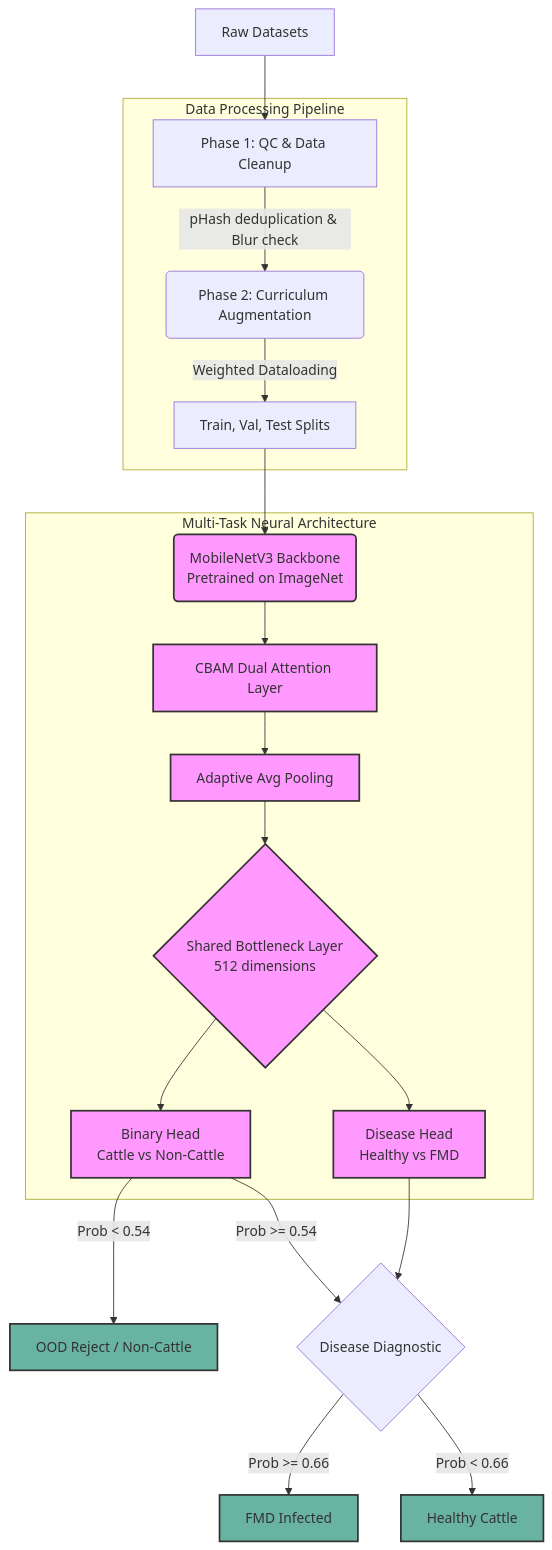
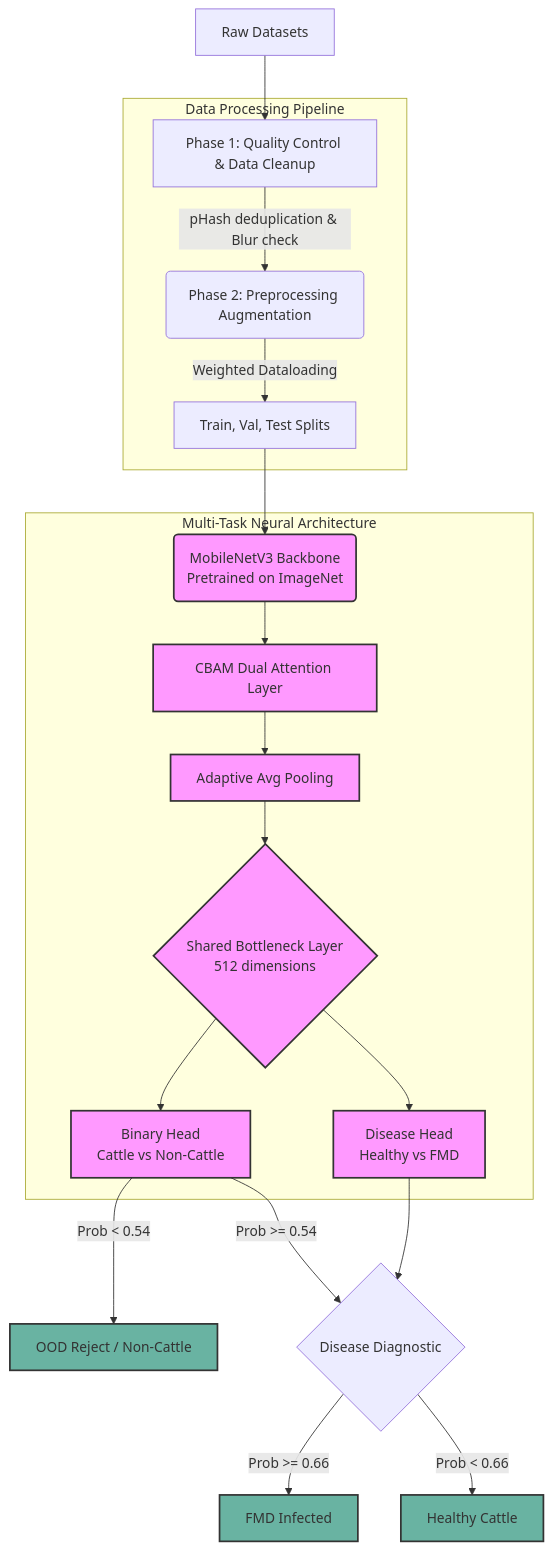
The diagram in README.md (Tetricia805/Model-training-and-testing), drawn with Mermaid before and after one commit.

Commit message:
Change 'QC' to 'Quality Control' in README
Updated terminology for clarity in the README.

````diff
--- a/README.md
+++ b/README.md
@@ -18,31 +18,31 @@
 ```mermaid
 graph TD
-    A[Raw Datasets] --> B[Phase 1: QC & Data Cleanup]
+    A[Raw Datasets] --> B[Phase 1: Quality Control & Data Cleanup]
     subgraph Data Processing Pipeline
-        B --> |pHash deduplication & Blur check| C(Phase 2: Curriculum Augmentation)
+        B --> |pHash deduplication & Blur check| C(Phase 2: Preprocessing Augmentation)
         C --> |Weighted Dataloading| D[Train, Val, Test Splits]
     end
 
     D --> E(MobileNetV3 Backbone \n Pretrained on ImageNet)
     
     subgraph Multi-Task Neural Architecture
         E --> F[CBAM Dual Attention Layer]
         F --> G[Adaptive Avg Pooling]
         G --> H{Shared Bottleneck Layer \n 512 dimensions}
         
         H --> I[Binary Head \n Cattle vs Non-Cattle]
         H --> J[Disease Head \n Healthy vs FMD]
     end
     
     I --> |Prob < 0.54| K[OOD Reject / Non-Cattle]
     I --> |Prob >= 0.54| L{Disease Diagnostic}
     
     J --> L
     L --> |Prob >= 0.66| M[FMD Infected]
     L --> |Prob < 0.66| N[Healthy Cattle]
 
     classDef stage fill:#f9f,stroke:#333,stroke-width:2px;
     classDef output fill:#69b3a2,stroke:#333,stroke-width:2px;
     class K,M,N output;
     class E,F,G,H,I,J stage;
 ```
````
